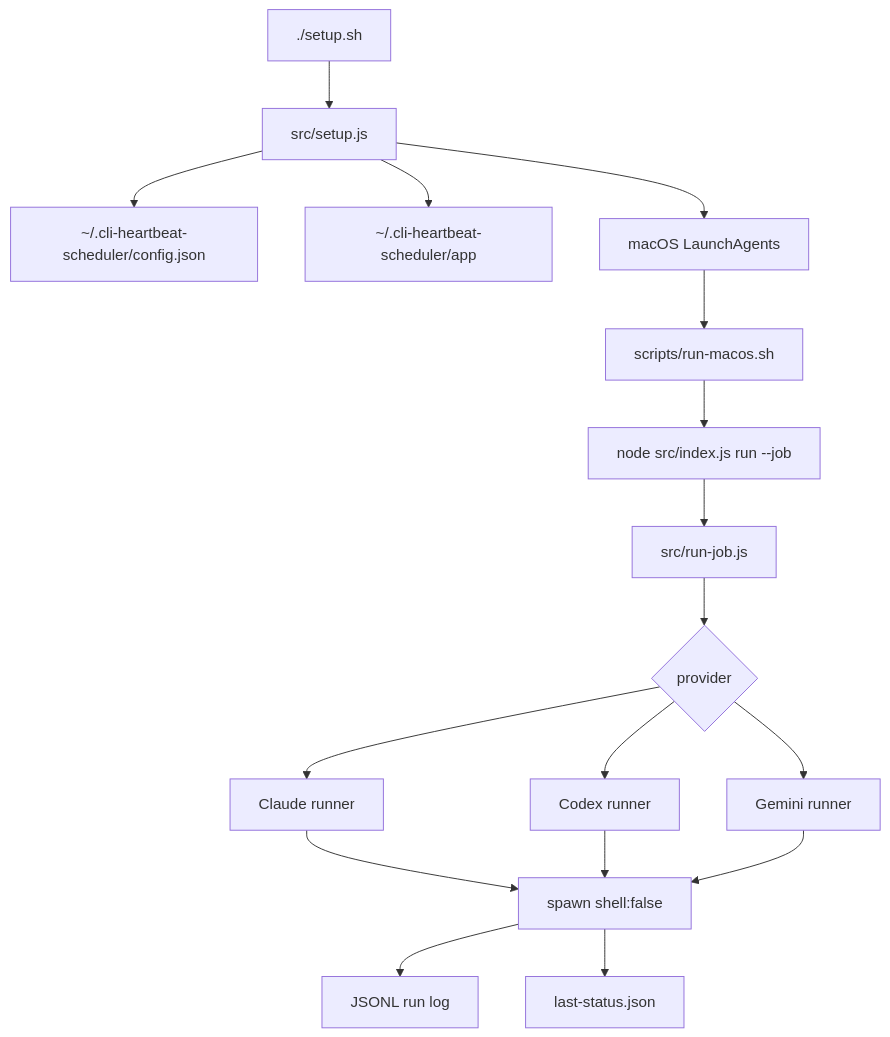
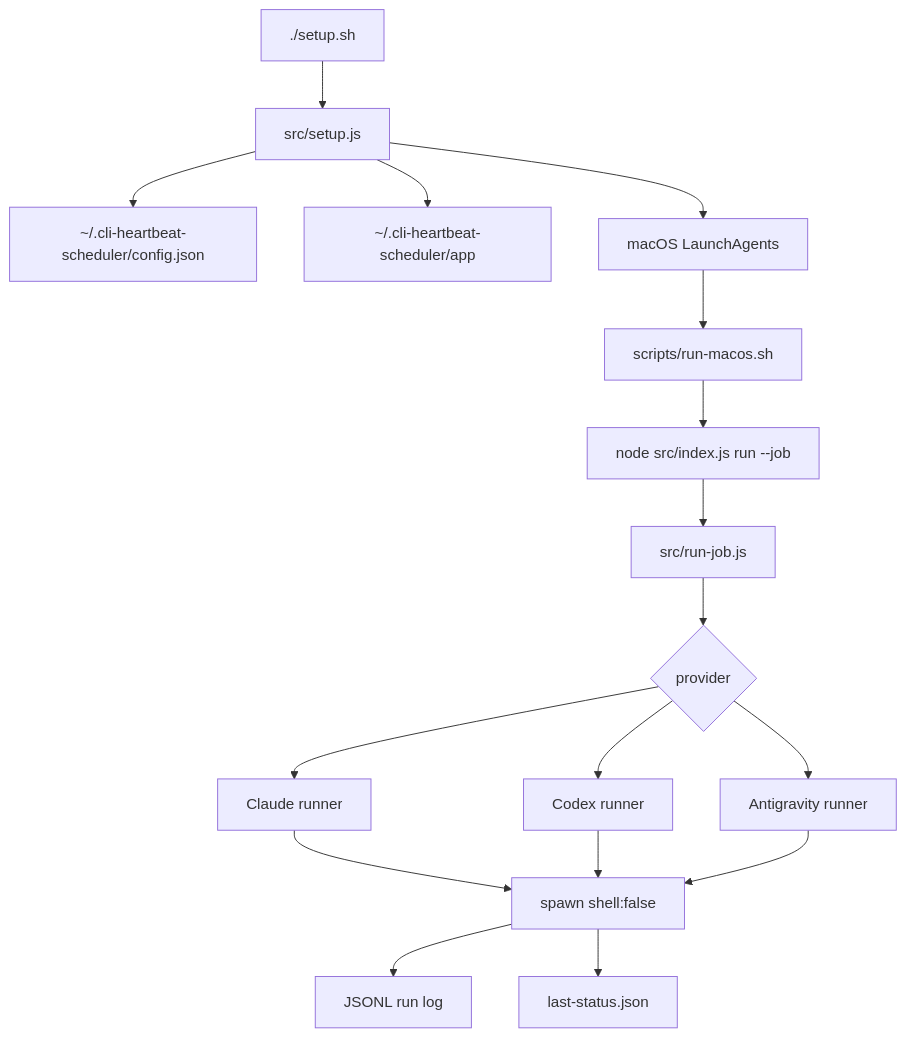
One commit to KimWonJun/heartbeat-scheduler changed the diagram in DESIGN.md. Above: the diagram before and after it, drawn with Mermaid. The commit also changed other lines of this file and 20 other files, not shown here.

Commit message:
feat: replace Gemini provider with Antigravity CLI

````diff
--- a/DESIGN.md
+++ b/DESIGN.md
@@ -27,20 +27,20 @@
 ```mermaid
 flowchart TD
   A["./setup.sh"] --> B["src/setup.js"]
   B --> C["~/.cli-heartbeat-scheduler/config.json"]
   B --> D["~/.cli-heartbeat-scheduler/app"]
   B --> E["macOS LaunchAgents"]
 
   E --> F["scripts/run-macos.sh"]
   F --> G["node src/index.js run --job <id>"]
   G --> H["src/run-job.js"]
   H --> I{"provider"}
   I --> J["Claude runner"]
   I --> K["Codex runner"]
-  I --> L["Gemini runner"]
+  I --> L["Antigravity runner"]
   J --> M["spawn shell:false"]
   K --> M
   L --> M
   M --> N["JSONL run log"]
   M --> O["last-status.json"]
 ```
````
